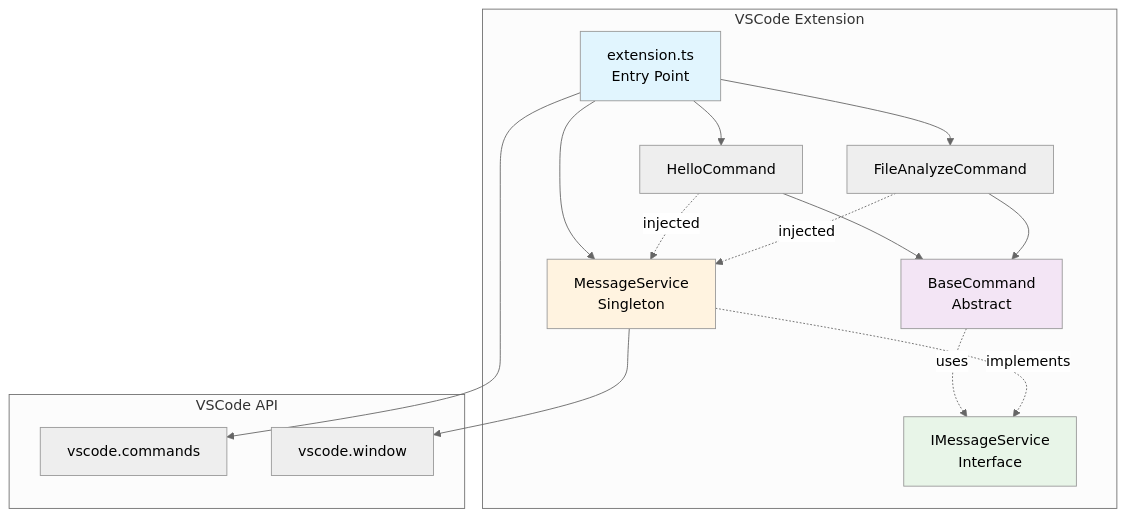
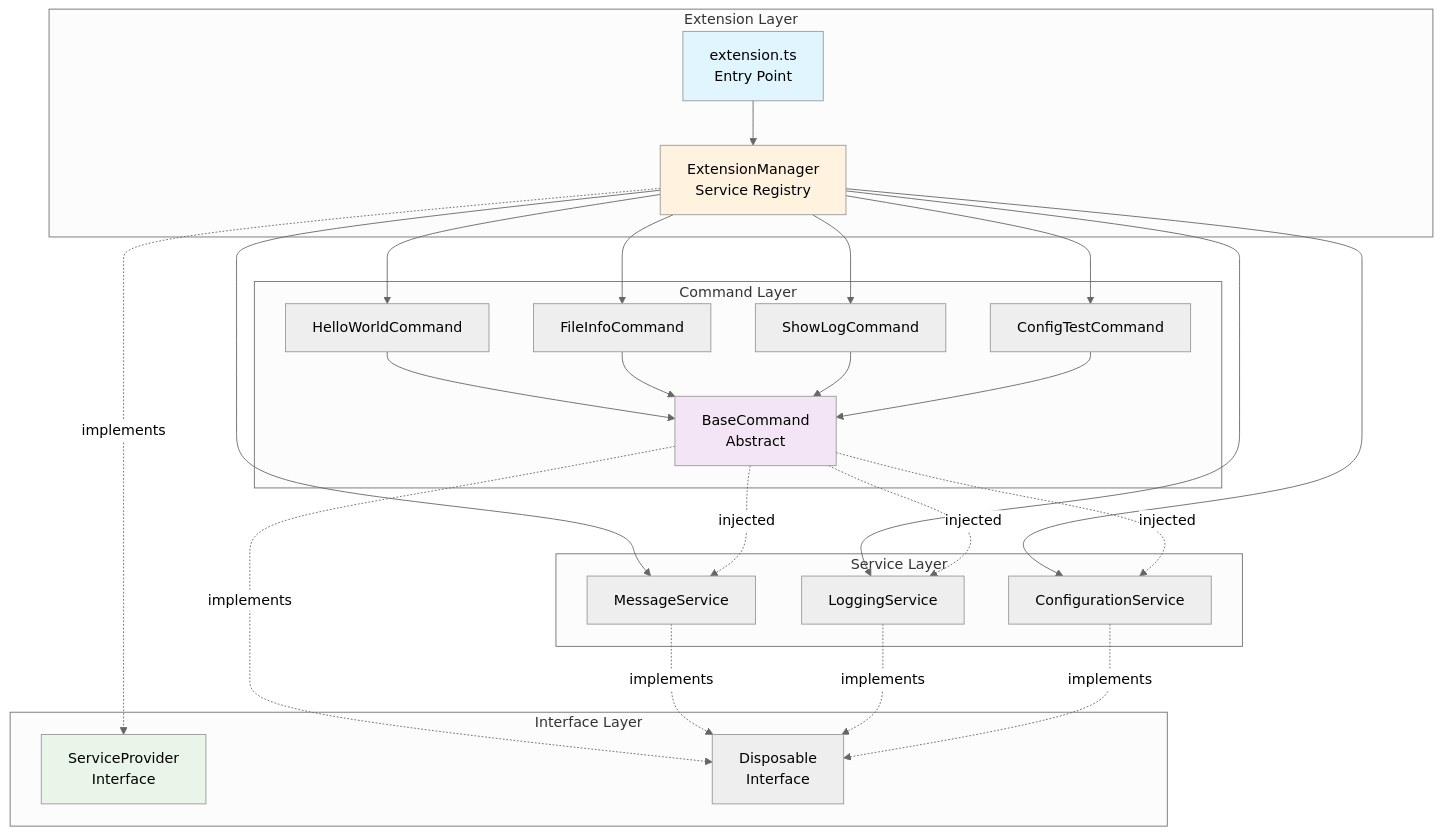
One commit to nanolon/demo changed the first of 3 diagrams in README.md. Above: the diagram before and after it, drawn with Mermaid (neutral theme). The commit also changed other lines of this file and 2 other files, not shown here.

````diff
--- a/README.md
+++ b/README.md
@@ -14,30 +16,44 @@
 ```mermaid
 graph TB
-    subgraph "VSCode Extension"
-        A[extension.ts<br/>Entry Point] --> B[MessageService<br/>Singleton]
-        A --> C[HelloCommand]
-        A --> D[FileAnalyzeCommand]
-        
-        C --> E[BaseCommand<br/>Abstract]
-        D --> E
-        
-        C -.->|injected| B
-        D -.->|injected| B
-        
-        E -.->|uses| F[IMessageService<br/>Interface]
-        B -.->|implements| F
+    subgraph "Extension Layer"
+        EXT[extension.ts<br/>Entry Point] --> EM[ExtensionManager<br/>Service Registry]
     end
     
-    subgraph "VSCode API"
-        G[vscode.commands]
-        H[vscode.window]
+    subgraph "Command Layer"
+        EM --> HC[HelloWorldCommand]
+        EM --> FIC[FileInfoCommand]
+        EM --> SLC[ShowLogCommand]
+        EM --> CTC[ConfigTestCommand]
+        
+        HC --> BC[BaseCommand<br/>Abstract]
+        FIC --> BC
+        SLC --> BC
+        CTC --> BC
     end
     
-    A --> G
-    B --> H
+    subgraph "Service Layer"
+        EM --> MS[MessageService]
+        EM --> LS[LoggingService]
+        EM --> CS[ConfigurationService]
+        
+        BC -.->|injected| MS
+        BC -.->|injected| LS
+        BC -.->|injected| CS
+    end
     
-    style A fill:#e1f5fe
-    style E fill:#f3e5f5
-    style F fill:#e8f5e8
-    style B fill:#fff3e0
+    subgraph "Interface Layer"
+        SP[ServiceProvider<br/>Interface]
+        DISP[Disposable<br/>Interface]
+        
+        EM -.->|implements| SP
+        BC -.->|implements| DISP
+        MS -.->|implements| DISP
+        LS -.->|implements| DISP
+        CS -.->|implements| DISP
+    end
+    
+    style EXT fill:#e1f5fe
+    style BC fill:#f3e5f5
+    style SP fill:#e8f5e8
+    style EM fill:#fff3e0
 ```
````
